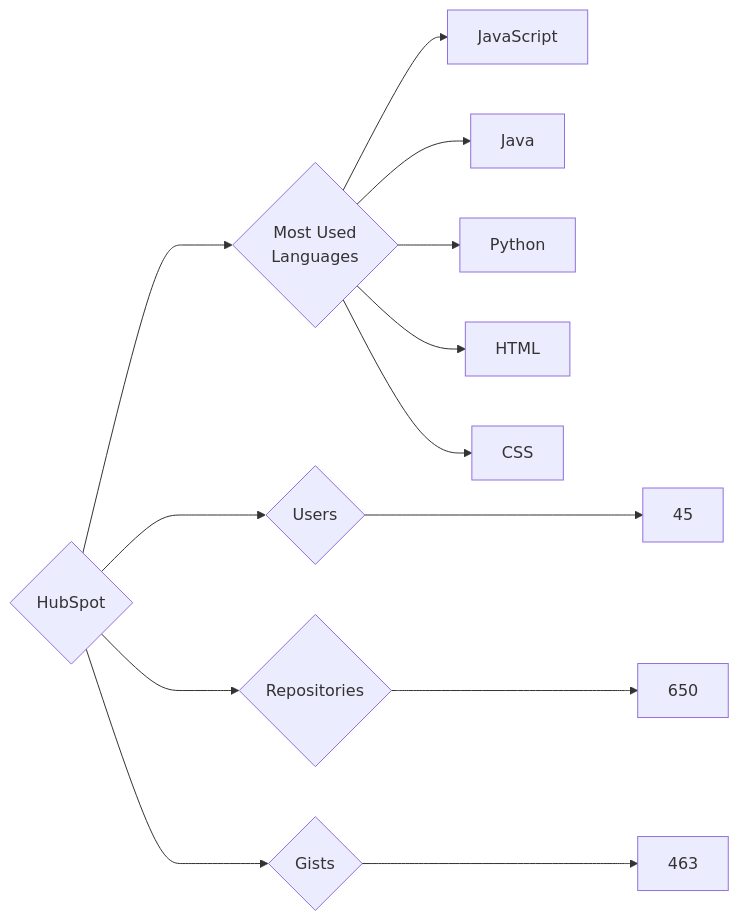
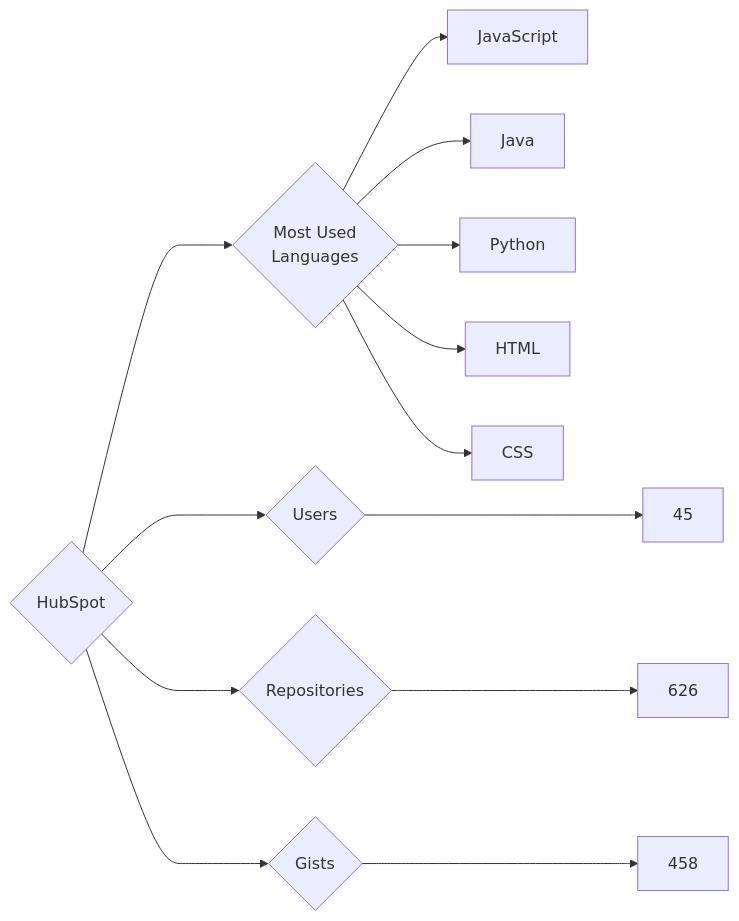
The diagram in targets/HubSpot/README.md (trickest/insiders), drawn with Mermaid before and after one commit. The commit also changed 814 other files, not shown here.

````diff
--- a/targets/HubSpot/README.md
+++ b/targets/HubSpot/README.md
@@ -3,13 +3,13 @@
 ```mermaid
 graph LR
 COMPANY_NAME{HubSpot}
 COMPANY_NAME ---> U{Users} ---> UN[45]
-COMPANY_NAME ---> R{Repositories} ---> RN[650]
-COMPANY_NAME ---> G{Gists} ---> GN[463]
+COMPANY_NAME ---> R{Repositories} ---> RN[626]
+COMPANY_NAME ---> G{Gists} ---> GN[458]
 COMPANY_NAME ---> ML{Most Used<br>Languages}
 ML --> JavaScript[JavaScript]
 ML --> Java[Java]
 ML --> Python[Python]
 ML --> HTML[HTML]
 ML --> CSS[CSS]
 ```
````
